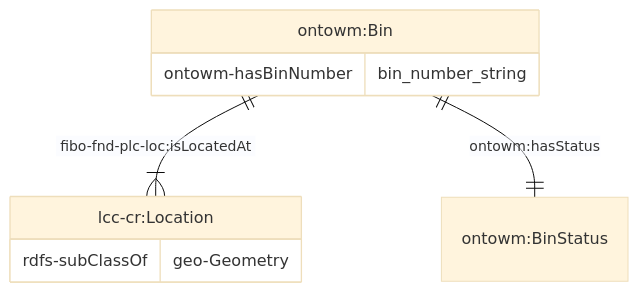
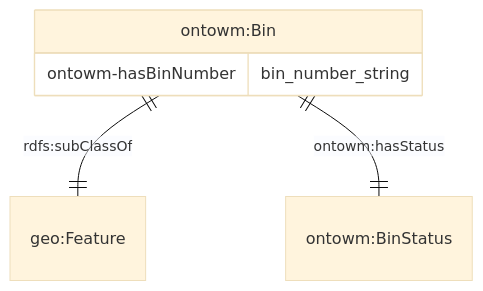
One commit to cambridge-cares/TheWorldAvatar changed the tenth of 11 diagrams in JPS_Ontology/ontology/ontowastemanagement/README.md. Above: the diagram before and after it, drawn with Mermaid (base theme). The commit also changed other lines of this file, not shown here.

````diff
--- a/JPS_Ontology/ontology/ontowastemanagement/README.md
+++ b/JPS_Ontology/ontology/ontowastemanagement/README.md
@@ -431,12 +430,9 @@
 ```mermaid
     erDiagram
-    "ontowm:Bin" ||--|{ "lcc-cr:Location" : "fibo-fnd-plc-loc:isLocatedAt"
-    "lcc-cr:Location" {
-        rdfs-subClassOf geo-Geometry
-    }
+    "ontowm:Bin" ||--|| "geo:Feature" : "rdfs:subClassOf"
     "ontowm:Bin" ||--|| "ontowm:BinStatus" : "ontowm:hasStatus"
 
     "ontowm:Bin" {
         ontowm-hasBinNumber bin_number_string
     }
 ```
````
